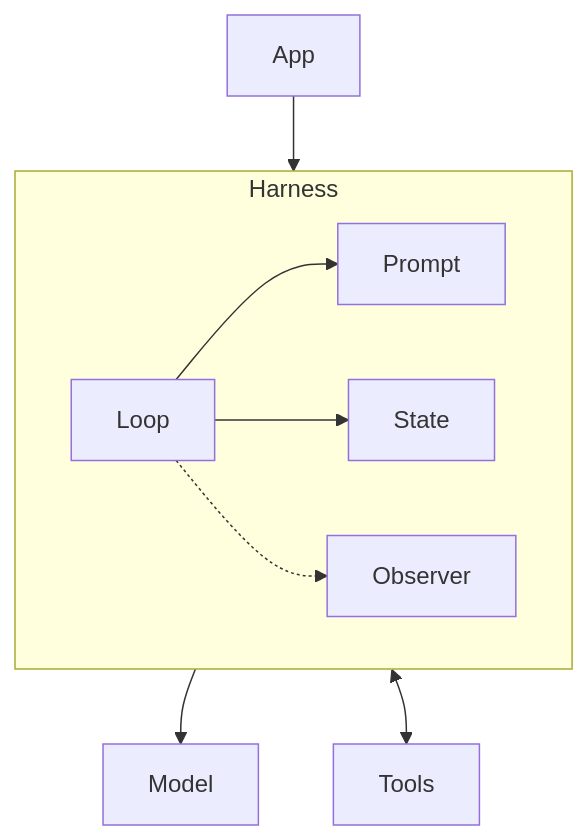
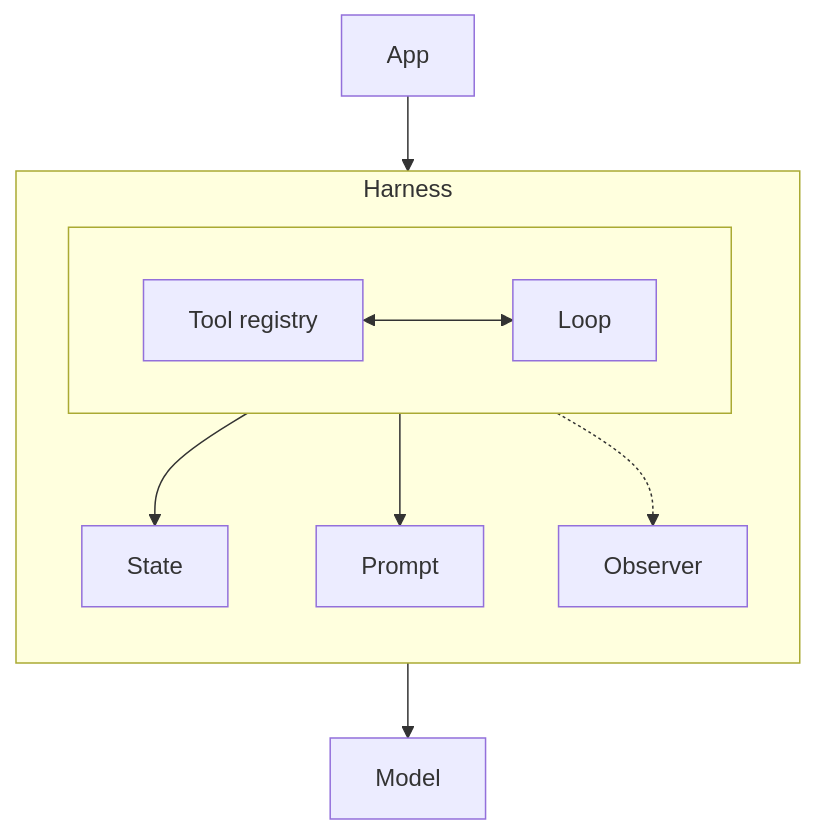
The diagram in content/diagrams/agent-harnesses/harness-layers.mmd (ninadpathak/ninadpathak), drawn with Mermaid before and after one commit. The commit also changed 209 other files, not shown here.

```diff
--- a/content/diagrams/agent-harnesses/harness-layers.mmd
+++ b/content/diagrams/agent-harnesses/harness-layers.mmd
@@ -1,29 +1,33 @@
 %% @fig 01
 %% @kicker Harness layers around the raw LLM
-%% @alt The agent harness sits between the application and the model. Inside it, the execution loop calls tools in both directions, checkpoints state, and logs every step to an observer, and the prompt assembler builds the prompt the model receives. The model only reasons.
+%% @alt The agent harness sits between the application and the model. Its five components are the execution loop, the tool registry the loop calls in both directions, the prompt assembler that builds the prompt the model receives, the state manager that holds checkpoints, and the observer that logs every step. The model only reasons.
 %% @caption The model reasons. The harness handles everything else, including the checkpoint that lets an interrupted run resume.
 %% @path app>loop>prompt>llm
 %% @glyph app | window
 %% @glyph loop | loop
 %% @glyph prompt | tokens
 %% @glyph state | cells fill=0.55 flag
 %% @glyph observer | eye
 %% @glyph llm | core
 %% @glyph tools | tools
 flowchart TB
   app["App"]:::external
   subgraph harness [Harness]
-    direction LR
-    loop["Loop"]:::accent
+    direction TB
+    subgraph row1 [ ]
+      direction LR
+      tools["Tool registry"]:::stack
+      loop["Loop"]:::accent
+    end
+    state["State"]
     prompt["Prompt"]:::accent
-    state["State"]
     observer["Observer"]
   end
   llm["Model"]:::focal
-  tools["Tools"]:::stack
   app --> loop
+  tools <--> loop
+  loop --> state
   loop --> prompt
+  loop -.-> observer
   prompt --> llm
-  loop <--> tools
-  loop --> state
-  loop -.-> observer
+  class row1 ghost
```
